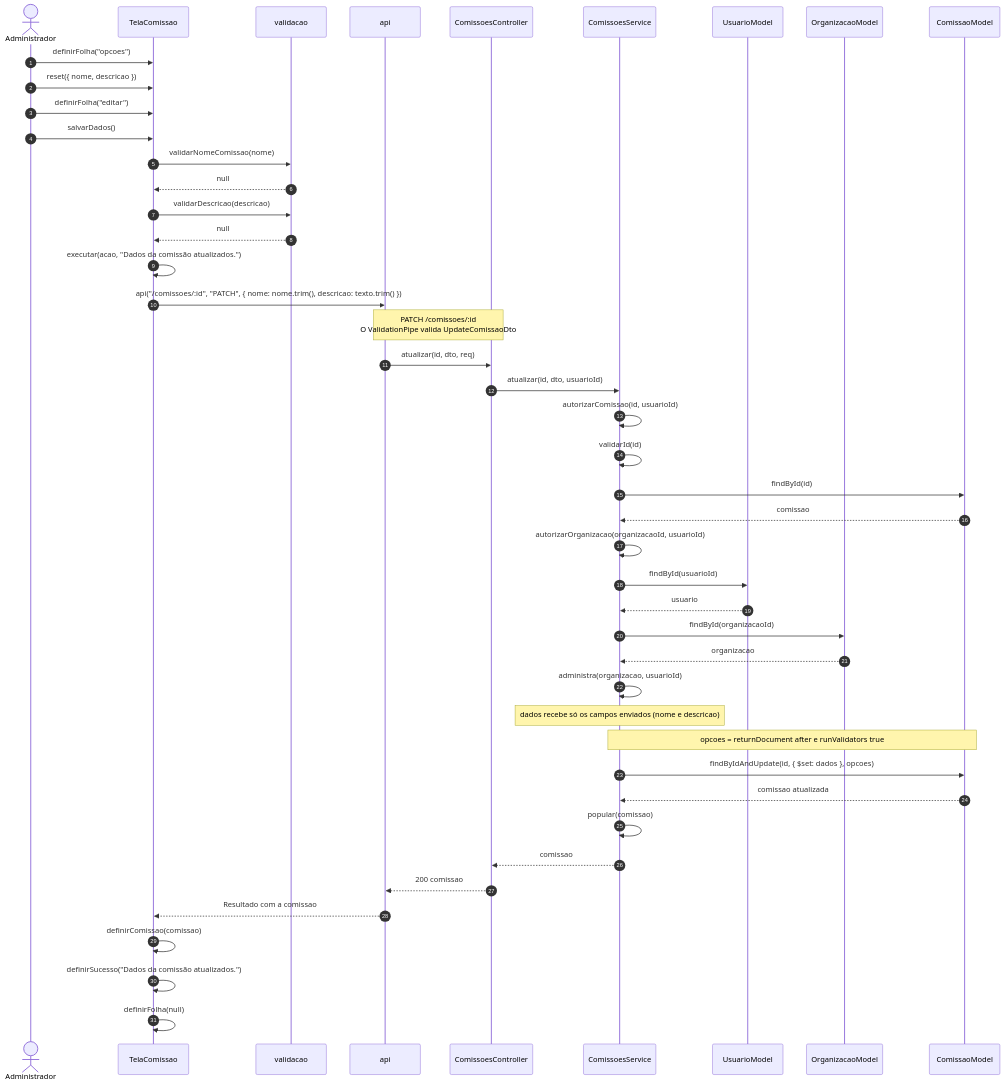
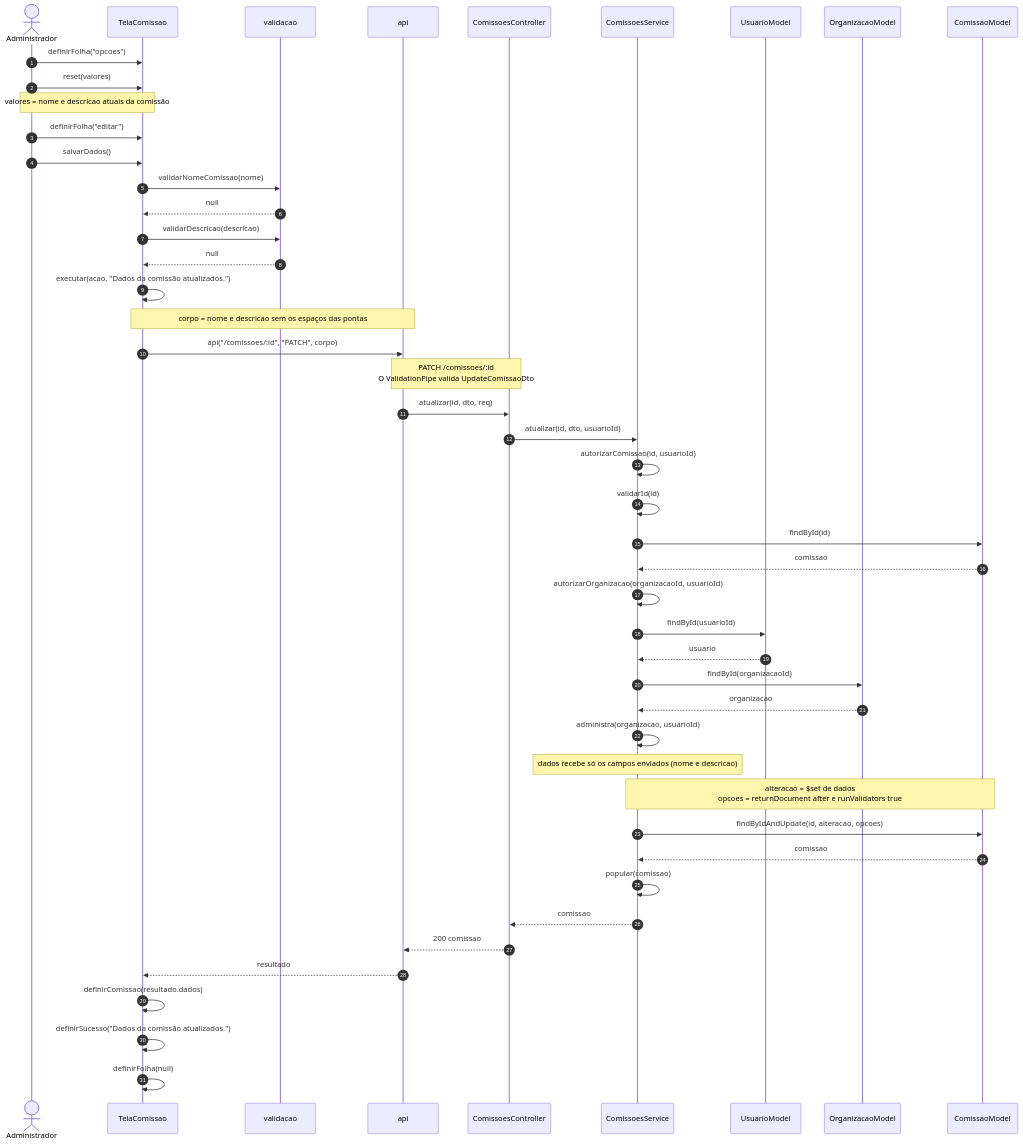
Before and after one commit to Conecta-IFSP/DOCUMENTATION: the fourth of 9 diagrams in 2 - Incremento 1/cadastro-comissao/6 - diagramas-sequencia-cadastro-comissao.md, drawn with Mermaid. The commit also changed other lines of this file and 97 other files, not shown here.

````diff
--- a/2 - Incremento 1/cadastro-comissao/6 - diagramas-sequencia-cadastro-comissao.md
+++ b/2 - Incremento 1/cadastro-comissao/6 - diagramas-sequencia-cadastro-comissao.md
@@ -182,47 +194,49 @@
 ```mermaid
 sequenceDiagram
     autonumber
     actor U as Administrador
     participant T as TelaComissao
     participant V as validacao
     participant A as api
     participant C as ComissoesController
     participant S as ComissoesService
     participant UM as UsuarioModel
     participant OM as OrganizacaoModel
     participant M as ComissaoModel
     U->>T: definirFolha("opcoes")
-    U->>T: reset({ nome, descricao })
+    U->>T: reset(valores)
+    Note over U,T: valores = nome e descricao atuais da comissão
     U->>T: definirFolha("editar")
     U->>T: salvarDados()
     T->>V: validarNomeComissao(nome)
     V-->>T: null
     T->>V: validarDescricao(descricao)
     V-->>T: null
     T->>T: executar(acao, "Dados da comissão atualizados.")
-    T->>A: api("/comissoes/:id", "PATCH", { nome: nome.trim(), descricao: texto.trim() })
+    Note over T,A: corpo = nome e descricao sem os espaços das pontas
+    T->>A: api("/comissoes/:id", "PATCH", corpo)
     Note over A,C: PATCH /comissoes/:id<br/>O ValidationPipe valida UpdateComissaoDto
     A->>C: atualizar(id, dto, req)
     C->>S: atualizar(id, dto, usuarioId)
     S->>S: autorizarComissao(id, usuarioId)
     S->>S: validarId(id)
     S->>M: findById(id)
     M-->>S: comissao
     S->>S: autorizarOrganizacao(organizacaoId, usuarioId)
     S->>UM: findById(usuarioId)
     UM-->>S: usuario
     S->>OM: findById(organizacaoId)
     OM-->>S: organizacao
     S->>S: administra(organizacao, usuarioId)
     Note over S: dados recebe só os campos enviados (nome e descricao)
-    Note over S,M: opcoes = returnDocument after e runValidators true
-    S->>M: findByIdAndUpdate(id, { $set: dados }, opcoes)
-    M-->>S: comissao atualizada
+    Note over S,M: alteracao = $set de dados<br/>opcoes = returnDocument after e runValidators true
+    S->>M: findByIdAndUpdate(id, alteracao, opcoes)
+    M-->>S: comissao
     S->>S: popular(comissao)
     S-->>C: comissao
     C-->>A: 200 comissao
-    A-->>T: Resultado com a comissao
-    T->>T: definirComissao(comissao)
+    A-->>T: resultado
+    T->>T: definirComissao(resultado.dados)
     T->>T: definirSucesso("Dados da comissão atualizados.")
     T->>T: definirFolha(null)
 ```
````
